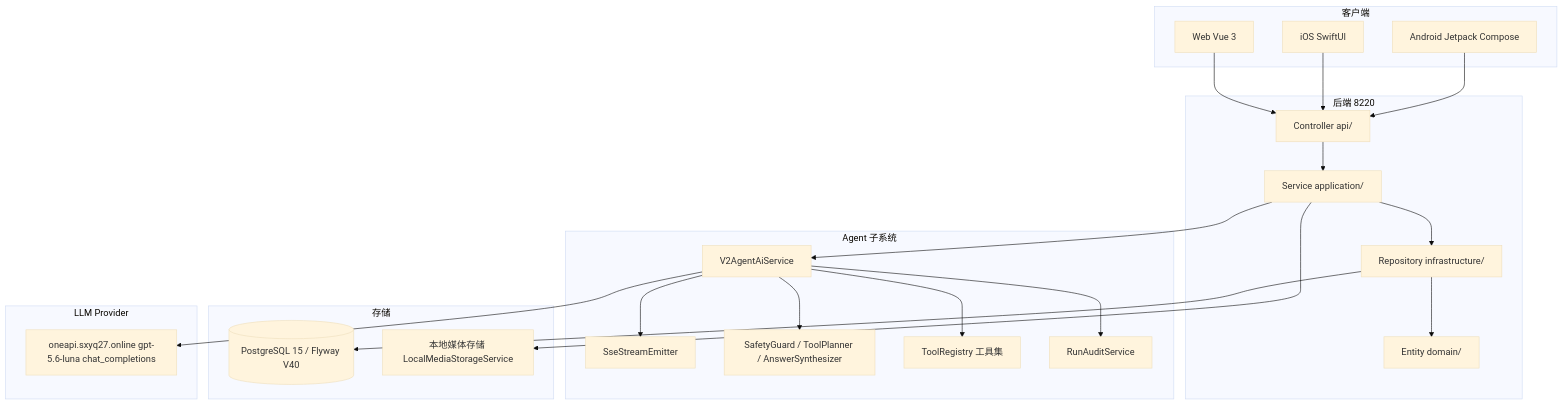
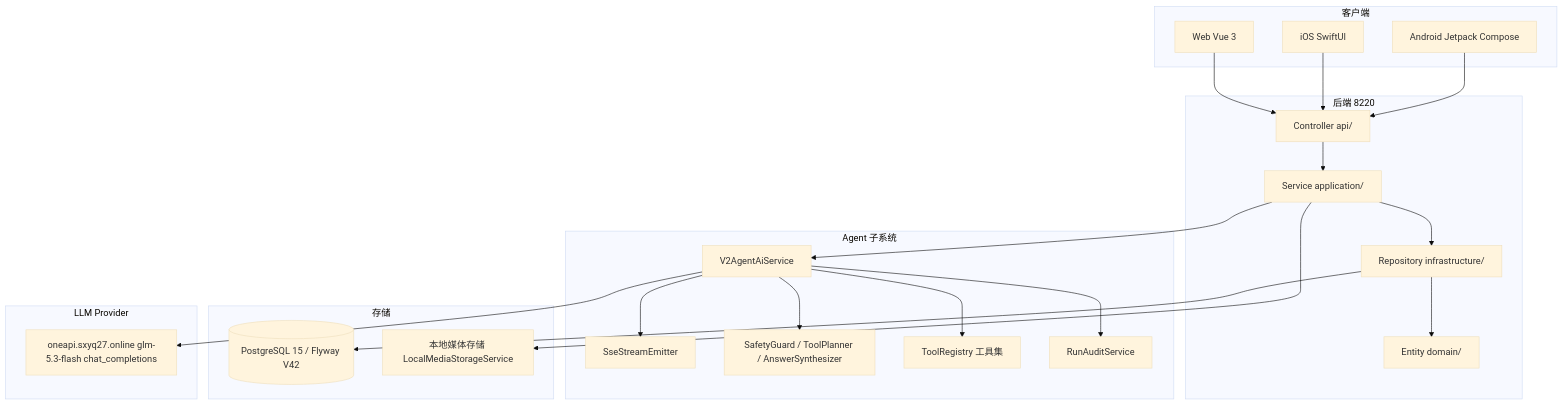
Before and after one commit to sxyq/mastergoods: the first of 2 diagrams in docs/03_系统设计/系统总体架构.md, drawn with Mermaid (base theme). The commit also changed other lines of this file and 21 other files, not shown here.

````diff
--- a/docs/03_系统设计/系统总体架构.md
+++ b/docs/03_系统设计/系统总体架构.md
@@ -17,42 +17,42 @@
 ```mermaid
 flowchart TB
     subgraph CLIENTS[客户端]
         A1[Android Jetpack Compose]
         A2[iOS SwiftUI]
         A3[Web Vue 3]
     end
     subgraph API[后端 8220]
         B1[Controller api/]
         B2[Service application/]
         B3[Repository infrastructure/]
         B4[Entity domain/]
     end
     subgraph AGENT[Agent 子系统]
         C1[V2AgentAiService]
         C2[SseStreamEmitter]
         C3[SafetyGuard / ToolPlanner / AnswerSynthesizer]
         C4[ToolRegistry 工具集]
         C5[RunAuditService]
     end
     subgraph STORAGE[存储]
-        D1[(PostgreSQL 15 / Flyway V40)]
+        D1[(PostgreSQL 15 / Flyway V42)]
         D2[本地媒体存储 LocalMediaStorageService]
     end
     subgraph PROVIDER[LLM Provider]
-        E1[oneapi.sxyq27.online gpt-5.6-luna chat_completions]
+        E1[oneapi.sxyq27.online glm-5.3-flash chat_completions]
     end
     A1 --> B1
     A2 --> B1
     A3 --> B1
     B1 --> B2
     B2 --> B3
     B3 --> B4
     B2 --> C1
     C1 --> C2
     C1 --> C3
     C1 --> C4
     C1 --> C5
     C1 --> E1
     B3 --> D1
     B2 --> D2
 ```
````
